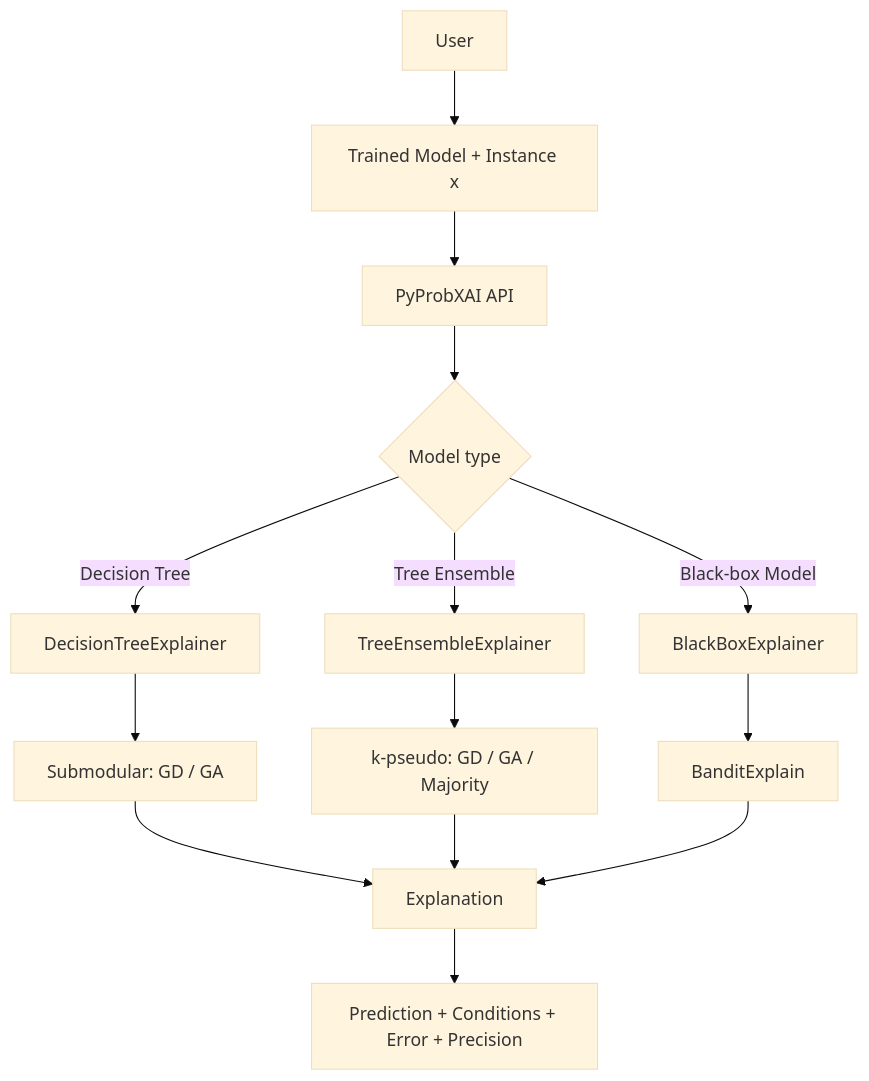
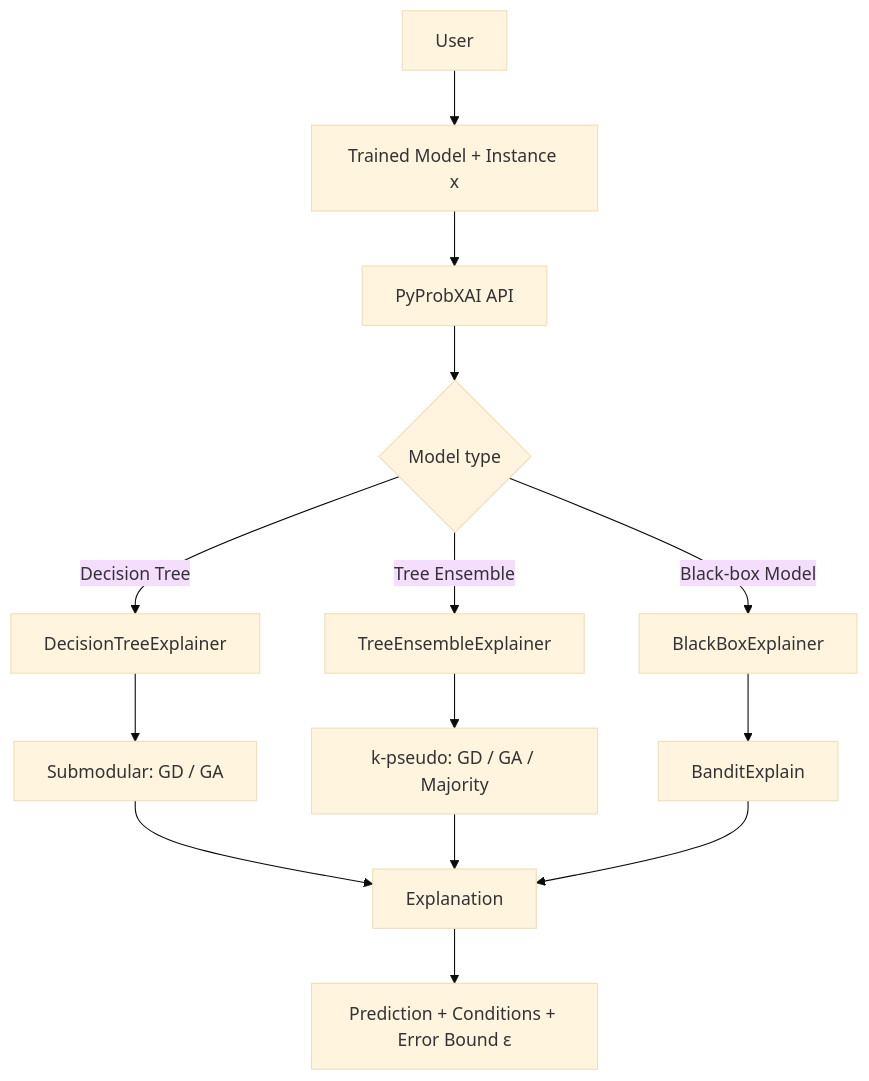
One commit to SifEddine05/PyProbXAI changed the diagram in README.md. Above: the diagram before and after it, drawn with Mermaid (base theme). The commit also changed other lines of this file and 15 other files, not shown here.

````diff
--- a/README.md
+++ b/README.md
@@ -28,20 +27,20 @@
 ```mermaid
 flowchart TB
     A["User"] --> B["Trained Model + Instance x"]
     B --> C["PyProbXAI API"]
     C --> D{"Model type"}
 
     D -->|"Decision Tree"| E["DecisionTreeExplainer"]
     D -->|"Tree Ensemble"| F["TreeEnsembleExplainer"]
     D -->|"Black-box Model"| G["BlackBoxExplainer"]
 
     E --> E1["Submodular: GD / GA"]
     F --> F1["k-pseudo: GD / GA / Majority"]
     G --> G1["BanditExplain"]
 
     E1 --> H["Explanation"]
     F1 --> H
     G1 --> H
 
-    H --> I["Prediction + Conditions + Error + Precision"]
+    H --> I["Prediction + Conditions + Error Bound ε"]
 ```
````
